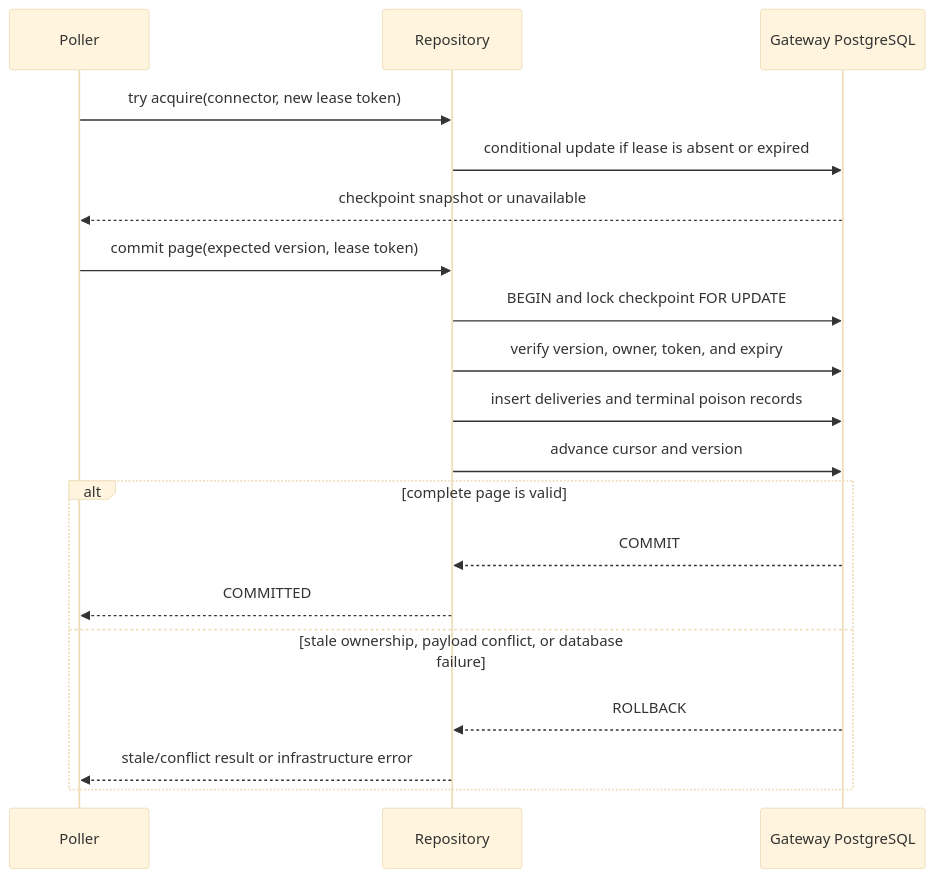
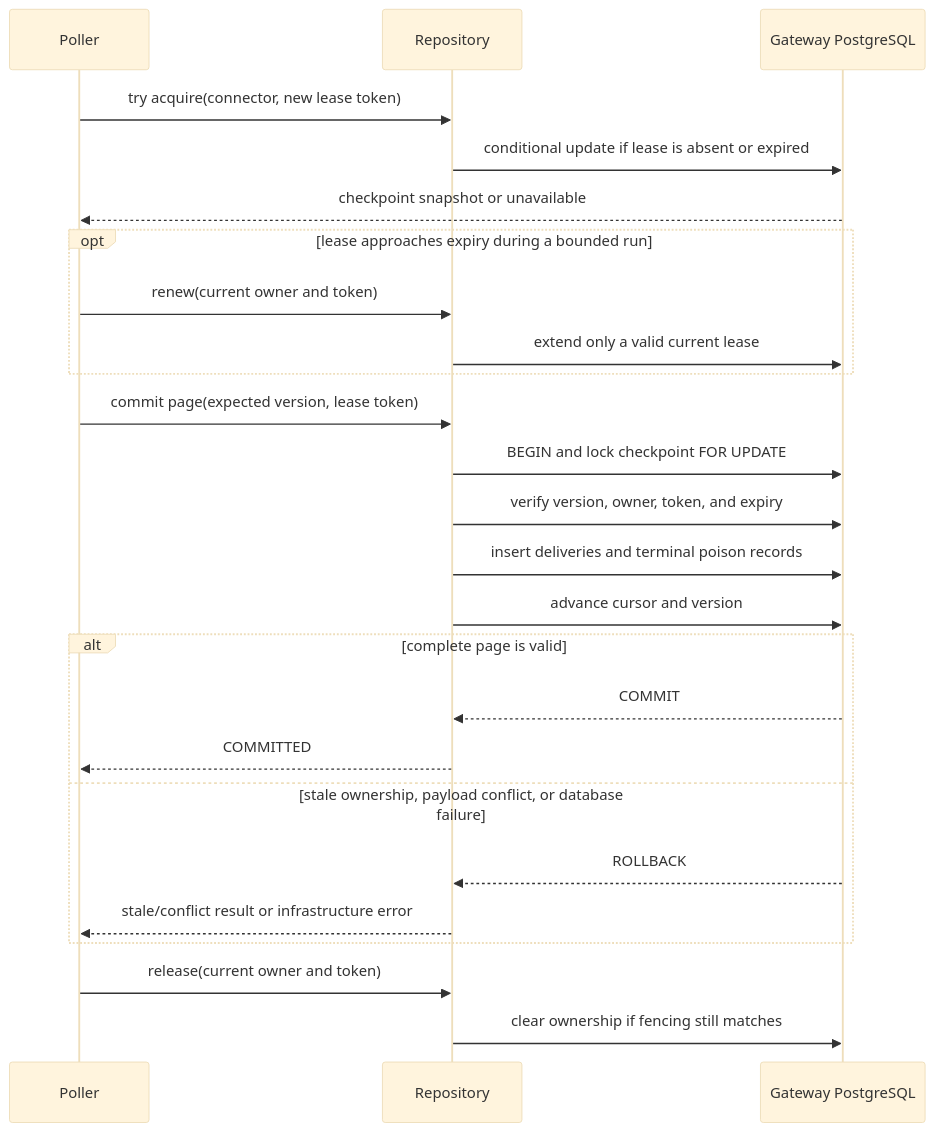
The first of 5 diagrams in docs/gateway-delivery-lifecycle.md (PietroRussoD/commerce-integration-hub), drawn with Mermaid (base theme) before and after one commit. The commit also changed other lines of this file and 6 other files, not shown here.

````diff
--- a/docs/gateway-delivery-lifecycle.md
+++ b/docs/gateway-delivery-lifecycle.md
@@ -38,22 +38,28 @@
 ```mermaid
 sequenceDiagram
     participant Poller
     participant Repository
     participant DB as Gateway PostgreSQL
 
     Poller->>Repository: try acquire(connector, new lease token)
     Repository->>DB: conditional update if lease is absent or expired
     DB-->>Poller: checkpoint snapshot or unavailable
+    opt lease approaches expiry during a bounded run
+        Poller->>Repository: renew(current owner and token)
+        Repository->>DB: extend only a valid current lease
+    end
     Poller->>Repository: commit page(expected version, lease token)
     Repository->>DB: BEGIN and lock checkpoint FOR UPDATE
     Repository->>DB: verify version, owner, token, and expiry
     Repository->>DB: insert deliveries and terminal poison records
     Repository->>DB: advance cursor and version
     alt complete page is valid
         DB-->>Repository: COMMIT
         Repository-->>Poller: COMMITTED
     else stale ownership, payload conflict, or database failure
         DB-->>Repository: ROLLBACK
         Repository-->>Poller: stale/conflict result or infrastructure error
     end
+    Poller->>Repository: release(current owner and token)
+    Repository->>DB: clear ownership if fencing still matches
 ```
````
